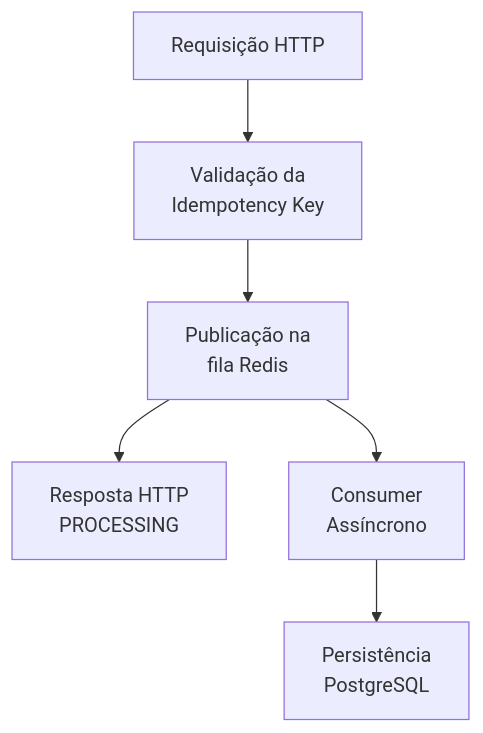
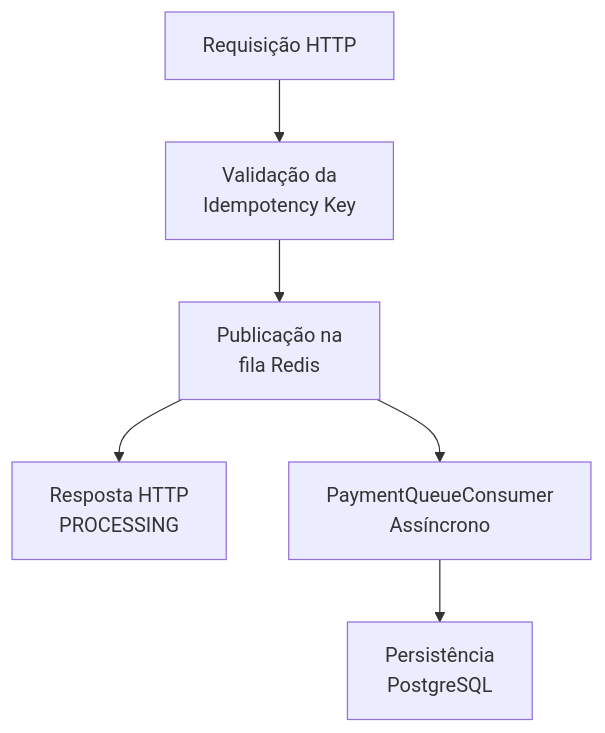
One commit to rubensrabelo/sistema-pagamentos-idempotente changed the third of 7 diagrams in spring-boot/docs/performance-tests/REPORT-005.md. Above: the diagram before and after it, drawn with Mermaid. The commit also changed other lines of this file and 1 other file, not shown here.

````diff
--- a/spring-boot/docs/performance-tests/REPORT-005.md
+++ b/spring-boot/docs/performance-tests/REPORT-005.md
@@ -107,21 +112,21 @@
 ```mermaid
 flowchart TD
 
     A["Requisição HTTP"]
 
     B["Validação da<br/>Idempotency Key"]
 
     C["Publicação na<br/>fila Redis"]
 
     D["Resposta HTTP<br/>PROCESSING"]
 
-    E["Consumer<br/>Assíncrono"]
+    E["PaymentQueueConsumer<br/>Assíncrono"]
 
     F["Persistência<br/>PostgreSQL"]
 
     A --> B
     B --> C
     C --> D
     C --> E
     E --> F
 ```
````
